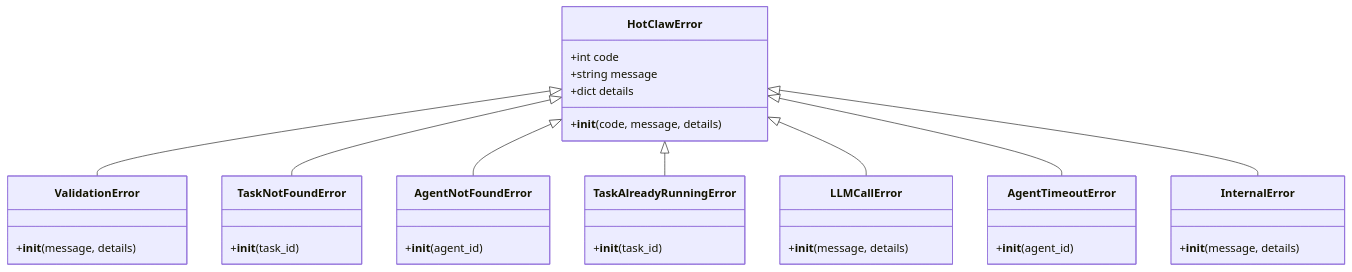
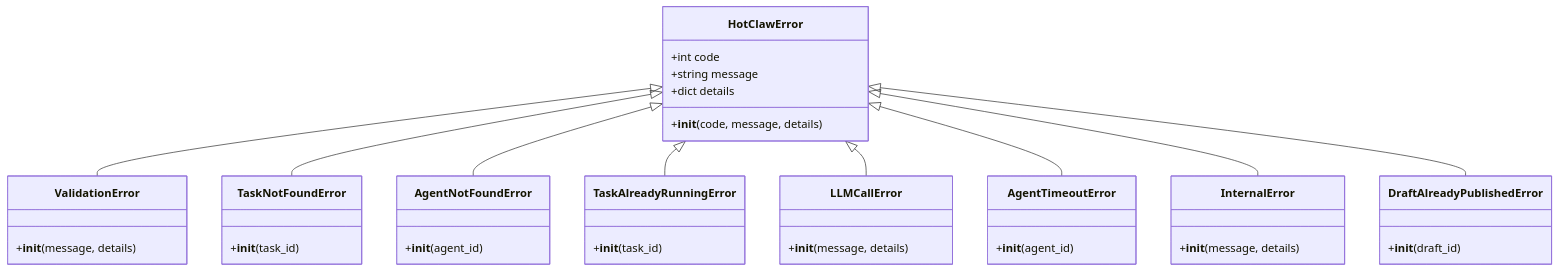
The second of 13 diagrams in .qoder/repowiki/zh/content/Exception Handling System.md (sansansansansan2022-web/hotclaw), drawn with Mermaid before and after one commit. The commit also changed other lines of this file and 44 other files, not shown here.

````diff
--- a/.qoder/repowiki/zh/content/Exception Handling System.md
+++ b/.qoder/repowiki/zh/content/Exception Handling System.md
@@ -89,37 +97,41 @@
 ```mermaid
 classDiagram
 class HotClawError {
 +int code
 +string message
 +dict details
 +__init__(code, message, details)
 }
 class ValidationError {
 +__init__(message, details)
 }
 class TaskNotFoundError {
 +__init__(task_id)
 }
 class AgentNotFoundError {
 +__init__(agent_id)
 }
 class TaskAlreadyRunningError {
 +__init__(task_id)
 }
 class LLMCallError {
 +__init__(message, details)
 }
 class AgentTimeoutError {
 +__init__(agent_id)
 }
 class InternalError {
 +__init__(message, details)
 }
+class DraftAlreadyPublishedError {
++__init__(draft_id)
+}
 HotClawError <|-- ValidationError
 HotClawError <|-- TaskNotFoundError
 HotClawError <|-- AgentNotFoundError
 HotClawError <|-- TaskAlreadyRunningError
 HotClawError <|-- LLMCallError
 HotClawError <|-- AgentTimeoutError
 HotClawError <|-- InternalError
+HotClawError <|-- DraftAlreadyPublishedError
 ```
````
